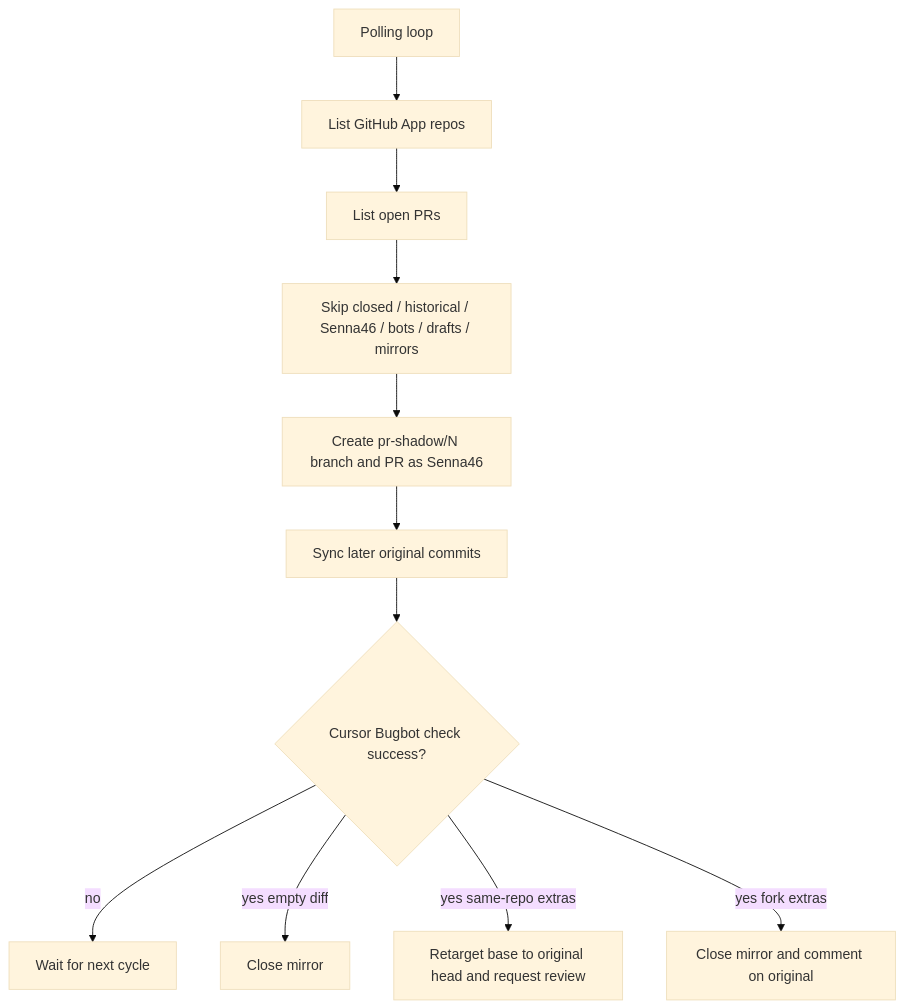
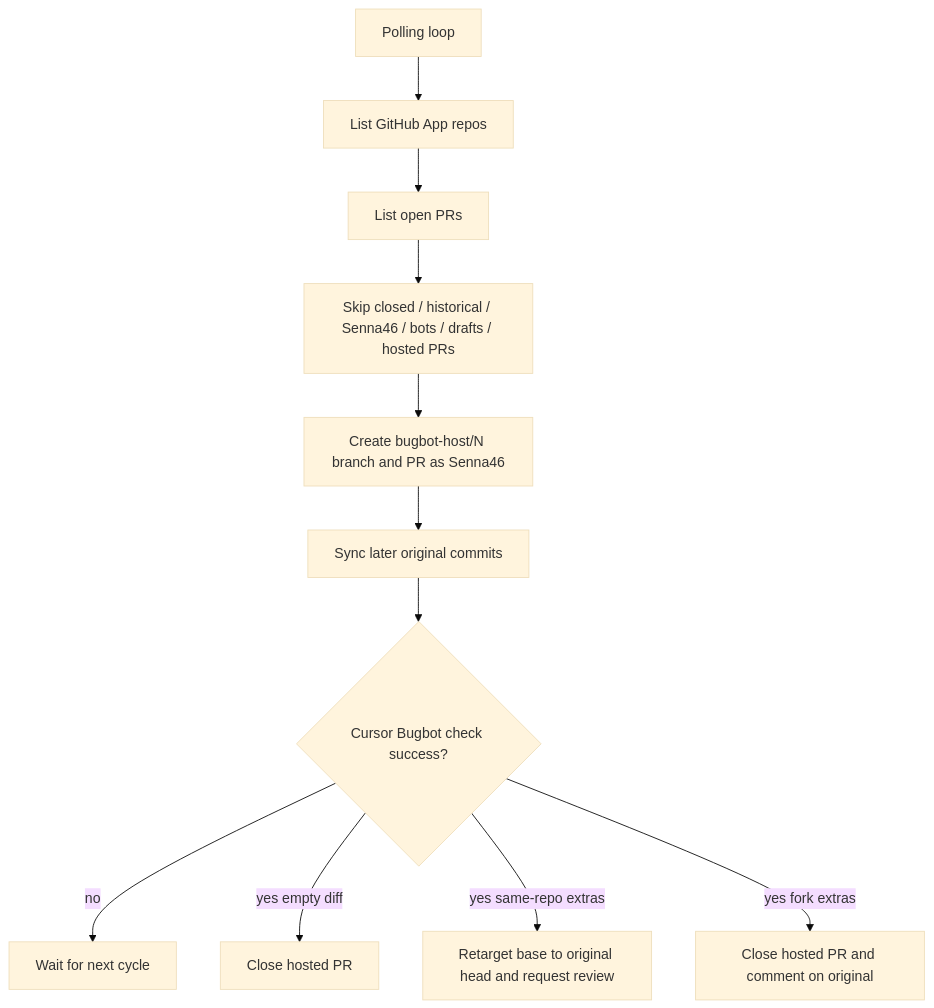
Before and after one commit to Senna46/bugbot-host: the diagram in README.md, drawn with Mermaid (base theme). The commit also changed other lines of this file and 22 other files, not shown here.

First line of the commit message:
Rename the product from pr-shadow to bugbot-host.

````diff
--- a/README.md
+++ b/README.md
@@ -114,13 +116,13 @@
 ```mermaid
 flowchart TD
   Poll[Polling loop] --> ListRepos[List GitHub App repos]
   ListRepos --> OpenPrs[List open PRs]
-  OpenPrs --> Filter[Skip closed / historical / Senna46 / bots / drafts / mirrors]
-  Filter --> Create[Create pr-shadow/N branch and PR as Senna46]
+  OpenPrs --> Filter[Skip closed / historical / Senna46 / bots / drafts / hosted PRs]
+  Filter --> Create[Create bugbot-host/N branch and PR as Senna46]
   Create --> Sync[Sync later original commits]
   Sync --> Bugbot{Cursor Bugbot check success?}
   Bugbot -->|no| Wait[Wait for next cycle]
-  Bugbot -->|yes empty diff| Close[Close mirror]
+  Bugbot -->|yes empty diff| Close[Close hosted PR]
   Bugbot -->|yes same-repo extras| Retarget[Retarget base to original head and request review]
-  Bugbot -->|yes fork extras| Comment[Close mirror and comment on original]
+  Bugbot -->|yes fork extras| Comment[Close hosted PR and comment on original]
 ```
````
